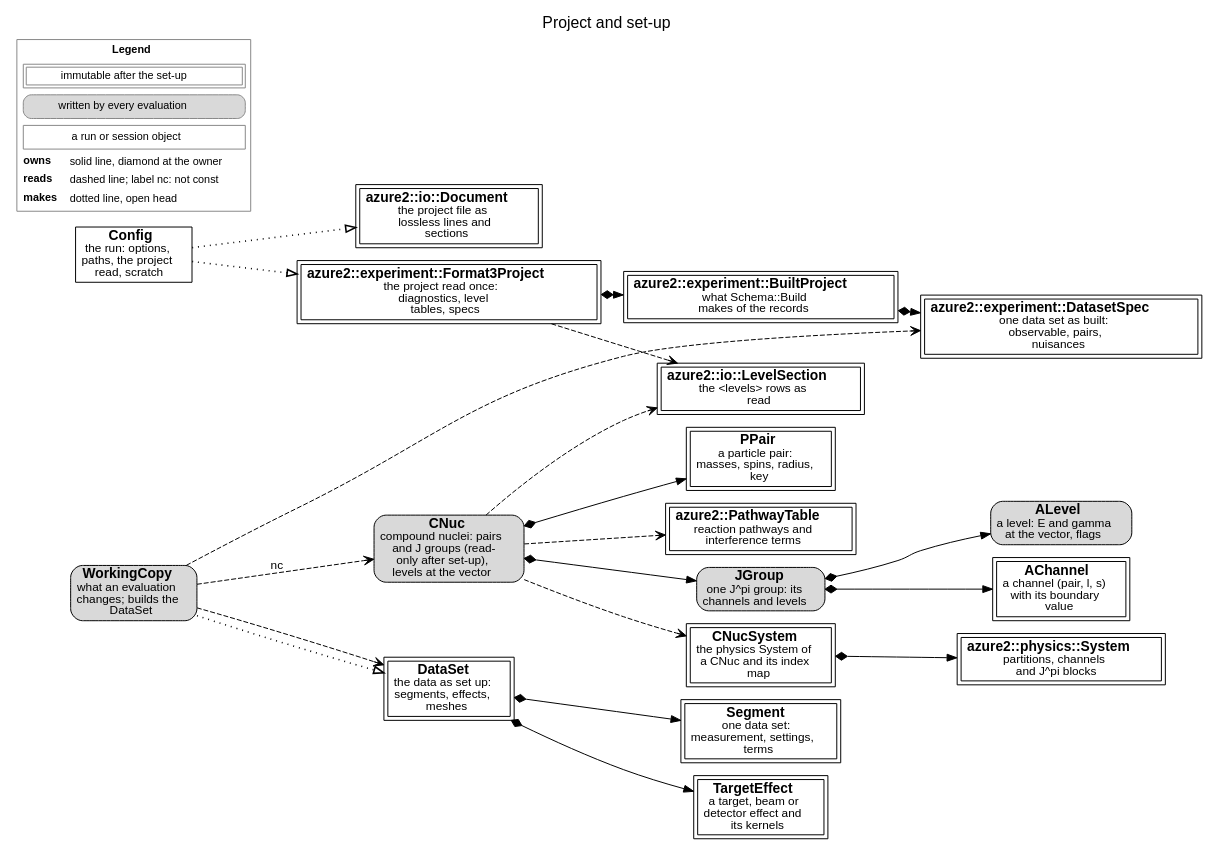
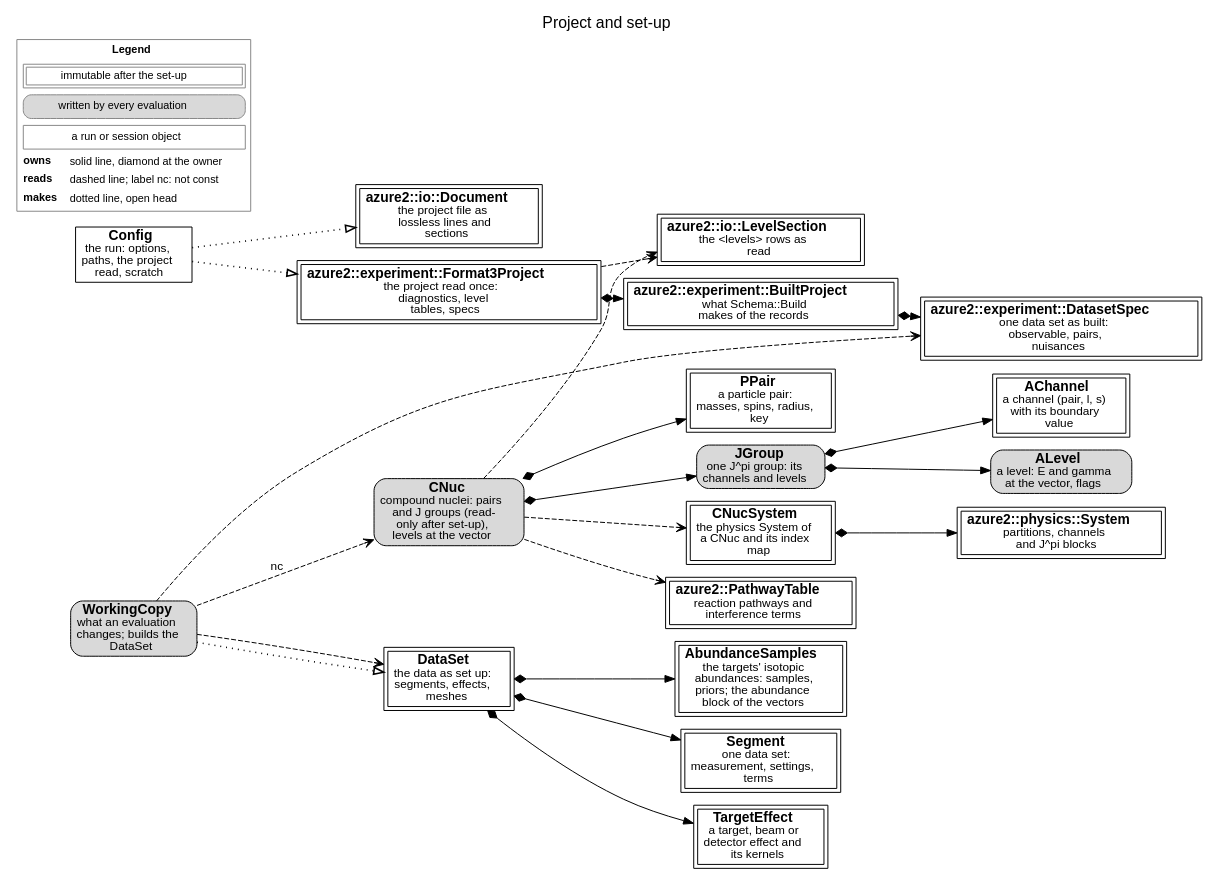
The diagram in docs/source/developer/figures/setup.dot (AZURE2DEV/AZURE2), drawn with Graphviz before and after one commit. The commit also changed 10 other files, not shown here.

First line of the commit message:
docs: abundances, THM coherent values and the penalties out of CNuc (design note as built, Developer Guide, class scheme, roadmap, handoff)

```diff
--- a/docs/source/developer/figures/setup.dot
+++ b/docs/source/developer/figures/setup.dot
@@ -1,43 +1,45 @@
 digraph setup {
   graph [rankdir=LR, fontname="Helvetica", fontsize=16, labelloc=t, label="Project and set-up", nodesep=0.18, ranksep=0.3, newrank=true];
   node [fontname="Helvetica", fontsize=14, margin="0.08,0.04"];
   edge [fontname="Helvetica", fontsize=12];
   n_azure2__io__Document [label=<<b>azure2::io::Document</b><br/><font point-size="12">the project file as<br/>lossless lines and<br/>sections</font>>, shape=box, peripheries=2, style="filled", fillcolor="white"];
   n_azure2__io__LevelSection [label=<<b>azure2::io::LevelSection</b><br/><font point-size="12">the &lt;levels&gt; rows as<br/>read</font>>, shape=box, peripheries=2, style="filled", fillcolor="white"];
   n_azure2__experiment__Format3Project [label=<<b>azure2::experiment::Format3Project</b><br/><font point-size="12">the project read once:<br/>diagnostics, level<br/>tables, specs</font>>, shape=box, peripheries=2, style="filled", fillcolor="white"];
   n_azure2__experiment__BuiltProject [label=<<b>azure2::experiment::BuiltProject</b><br/><font point-size="12">what Schema::Build<br/>makes of the records</font>>, shape=box, peripheries=2, style="filled", fillcolor="white"];
   n_azure2__experiment__DatasetSpec [label=<<b>azure2::experiment::DatasetSpec</b><br/><font point-size="12">one data set as built:<br/>observable, pairs,<br/>nuisances</font>>, shape=box, peripheries=2, style="filled", fillcolor="white"];
   n_Config [label=<<b>Config</b><br/><font point-size="12">the run: options,<br/>paths, the project<br/>read, scratch</font>>, shape=box, style="filled", fillcolor="white"];
   n_CNuc [label=<<b>CNuc</b><br/><font point-size="12">compound nuclei: pairs<br/>and J groups (read-<br/>only after set-up),<br/>levels at the vector</font>>, shape=box, style="rounded,filled", fillcolor="#d9d9d9"];
   n_PPair [label=<<b>PPair</b><br/><font point-size="12">a particle pair:<br/>masses, spins, radius,<br/>key</font>>, shape=box, peripheries=2, style="filled", fillcolor="white"];
   n_JGroup [label=<<b>JGroup</b><br/><font point-size="12">one J^pi group: its<br/>channels and levels</font>>, shape=box, style="rounded,filled", fillcolor="#d9d9d9"];
   n_AChannel [label=<<b>AChannel</b><br/><font point-size="12">a channel (pair, l, s)<br/>with its boundary<br/>value</font>>, shape=box, peripheries=2, style="filled", fillcolor="white"];
   n_ALevel [label=<<b>ALevel</b><br/><font point-size="12">a level: E and gamma<br/>at the vector, flags</font>>, shape=box, style="rounded,filled", fillcolor="#d9d9d9"];
   n_CNucSystem [label=<<b>CNucSystem</b><br/><font point-size="12">the physics System of<br/>a CNuc and its index<br/>map</font>>, shape=box, peripheries=2, style="filled", fillcolor="white"];
   n_azure2__physics__System [label=<<b>azure2::physics::System</b><br/><font point-size="12">partitions, channels<br/>and J^pi blocks</font>>, shape=box, peripheries=2, style="filled", fillcolor="white"];
   n_azure2__PathwayTable [label=<<b>azure2::PathwayTable</b><br/><font point-size="12">reaction pathways and<br/>interference terms</font>>, shape=box, peripheries=2, style="filled", fillcolor="white"];
   n_DataSet [label=<<b>DataSet</b><br/><font point-size="12">the data as set up:<br/>segments, effects,<br/>meshes</font>>, shape=box, peripheries=2, style="filled", fillcolor="white"];
+  n_AbundanceSamples [label=<<b>AbundanceSamples</b><br/><font point-size="12">the targets&#x27; isotopic<br/>abundances: samples,<br/>priors; the abundance<br/>block of the vectors</font>>, shape=box, peripheries=2, style="filled", fillcolor="white"];
   n_Segment [label=<<b>Segment</b><br/><font point-size="12">one data set:<br/>measurement, settings,<br/>terms</font>>, shape=box, peripheries=2, style="filled", fillcolor="white"];
   n_TargetEffect [label=<<b>TargetEffect</b><br/><font point-size="12">a target, beam or<br/>detector effect and<br/>its kernels</font>>, shape=box, peripheries=2, style="filled", fillcolor="white"];
   n_WorkingCopy [label=<<b>WorkingCopy</b><br/><font point-size="12">what an evaluation<br/>changes; builds the<br/>DataSet</font>>, shape=box, style="rounded,filled", fillcolor="#d9d9d9"];
   n_Config -> n_azure2__io__Document [style=dotted, penwidth=1.6, arrowhead=empty];
   n_Config -> n_azure2__experiment__Format3Project [style=dotted, penwidth=1.6, arrowhead=empty];
   n_azure2__experiment__Format3Project -> n_azure2__io__LevelSection [style=dashed, arrowhead=vee];
   n_azure2__experiment__Format3Project -> n_azure2__experiment__BuiltProject [style=solid, dir=both, arrowtail=diamond, arrowhead=normal];
   n_azure2__experiment__BuiltProject -> n_azure2__experiment__DatasetSpec [style=solid, dir=both, arrowtail=diamond, arrowhead=normal];
   n_CNuc -> n_azure2__io__LevelSection [style=dashed, arrowhead=vee];
   n_CNuc -> n_PPair [style=solid, dir=both, arrowtail=diamond, arrowhead=normal];
   n_CNuc -> n_JGroup [style=solid, dir=both, arrowtail=diamond, arrowhead=normal];
   n_JGroup -> n_AChannel [style=solid, dir=both, arrowtail=diamond, arrowhead=normal];
   n_JGroup -> n_ALevel [style=solid, dir=both, arrowtail=diamond, arrowhead=normal];
   n_CNuc -> n_CNucSystem [style=dashed, arrowhead=vee];
   n_CNucSystem -> n_azure2__physics__System [style=solid, dir=both, arrowtail=diamond, arrowhead=normal];
   n_CNuc -> n_azure2__PathwayTable [style=dashed, arrowhead=vee];
   n_WorkingCopy -> n_azure2__experiment__DatasetSpec [style=dashed, arrowhead=vee];
   n_WorkingCopy -> n_CNuc [style=dashed, arrowhead=vee, label=" nc"];
   n_WorkingCopy -> n_DataSet [style=dotted, penwidth=1.6, arrowhead=empty];
   n_WorkingCopy -> n_DataSet [style=dashed, arrowhead=vee];
   n_DataSet -> n_Segment [style=solid, dir=both, arrowtail=diamond, arrowhead=normal];
   n_DataSet -> n_TargetEffect [style=solid, dir=both, arrowtail=diamond, arrowhead=normal];
+  n_DataSet -> n_AbundanceSamples [style=solid, dir=both, arrowtail=diamond, arrowhead=normal];
   legend [shape=plaintext, fontsize=11, label=<<TABLE BORDER="1" CELLBORDER="0" CELLSPACING="3" COLOR="#888888"><TR><TD COLSPAN="2"><B>Legend</B></TD></TR><TR><TD COLSPAN="2"><TABLE BORDER="1" CELLBORDER="1" CELLSPACING="2" CELLPADDING="2"><TR><TD>immutable after the set-up</TD></TR></TABLE></TD></TR><TR><TD COLSPAN="2"><TABLE BORDER="1" CELLBORDER="0" CELLPADDING="3" STYLE="rounded" BGCOLOR="#d9d9d9"><TR><TD>written by every evaluation</TD></TR></TABLE></TD></TR><TR><TD COLSPAN="2"><TABLE BORDER="1" CELLBORDER="0" CELLPADDING="3" ><TR><TD>a run or session object</TD></TR></TABLE></TD></TR><TR><TD ALIGN="LEFT"><B>owns</B></TD><TD ALIGN="LEFT">solid line, diamond at the owner</TD></TR><TR><TD ALIGN="LEFT"><B>reads</B></TD><TD ALIGN="LEFT">dashed line; label nc: not const</TD></TR><TR><TD ALIGN="LEFT"><B>makes</B></TD><TD ALIGN="LEFT">dotted line, open head</TD></TR></TABLE>>];
 }
```
